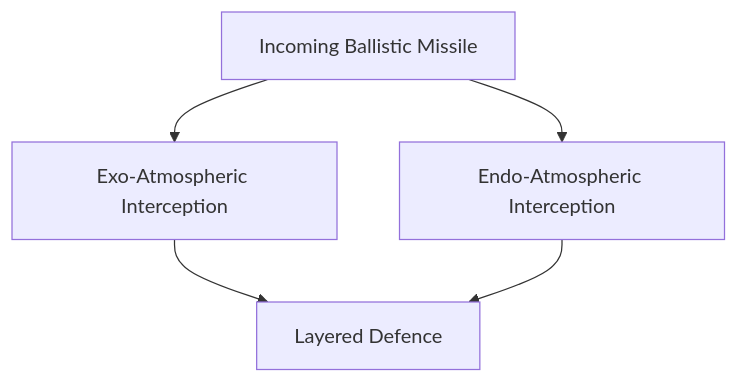
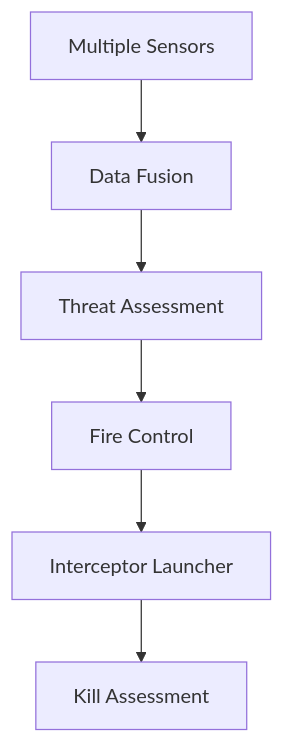
One commit to abhijitxroy/india changed the fourth of 8 diagrams in 05-security/01-defence/strategic/ballistic-missile-defence.md. Above: the diagram before and after it, drawn with Mermaid. The commit also changed other lines of this file and 12 other files, not shown here.

````diff
--- a/05-security/01-defence/strategic/ballistic-missile-defence.md
+++ b/05-security/01-defence/strategic/ballistic-missile-defence.md
@@ -113,10 +261,15 @@
 ```mermaid
 flowchart TD
-    Threat[Incoming Ballistic Missile]
+    Sensors[Multiple Sensors]
+    DataFusion[Data Fusion]
+    ThreatAssessment[Threat Assessment]
+    FireControl[Fire Control]
+    Launcher[Interceptor Launcher]
+    Assessment[Kill Assessment]
 
-    Threat --> Exo[Exo-Atmospheric Interception]
-    Threat --> Endo[Endo-Atmospheric Interception]
-
-    Exo --> Defence[Layered Defence]
-    Endo --> Defence
+    Sensors --> DataFusion
+    DataFusion --> ThreatAssessment
+    ThreatAssessment --> FireControl
+    FireControl --> Launcher
+    Launcher --> Assessment
 ```
````
